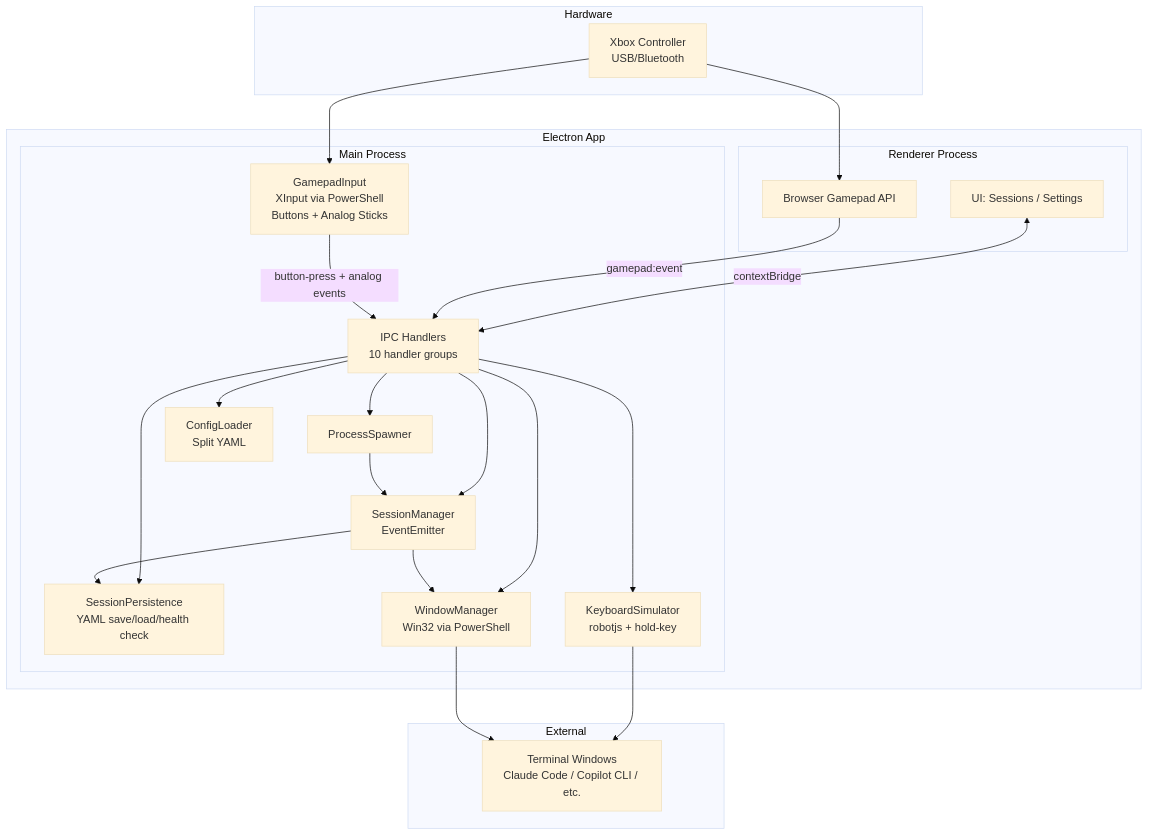
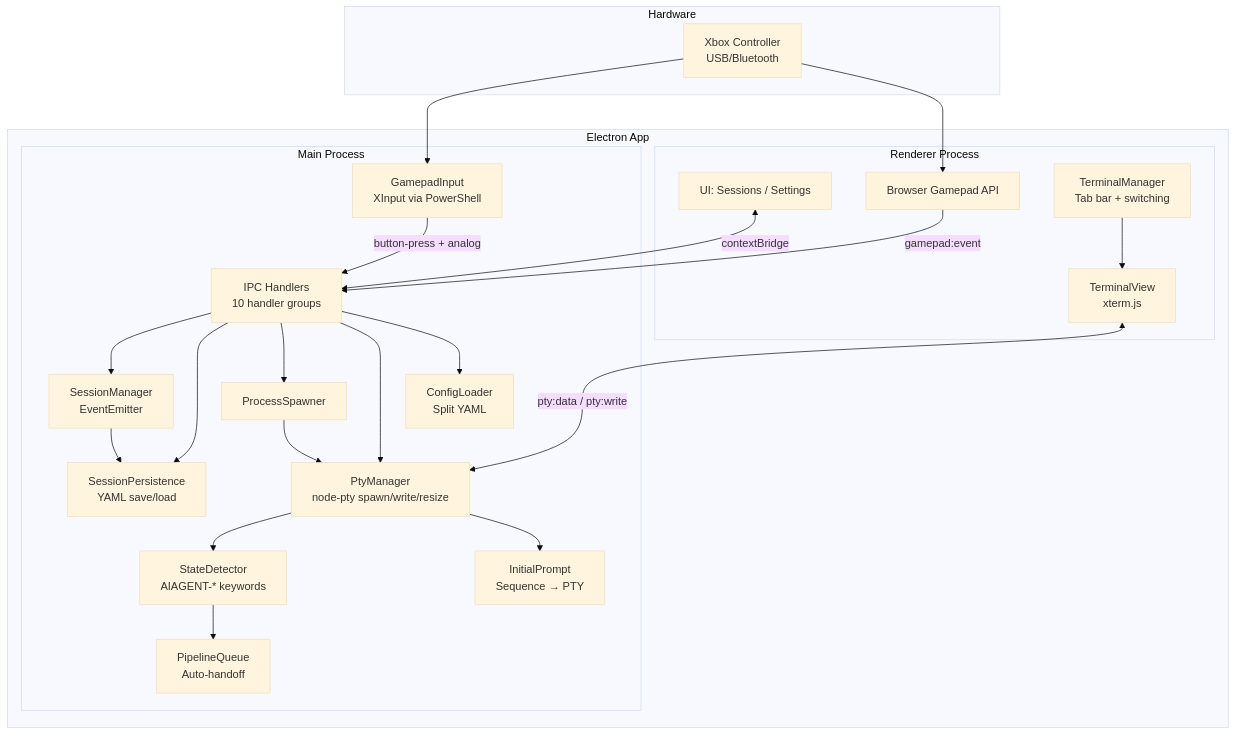
One commit to PetePeter/gamepad-cli-hub changed the diagram in CLAUDE.md. Above: the diagram before and after it, drawn with Mermaid (base theme). The commit also changed other lines of this file and 18 other files, not shown here.

First line of the commit message:
feat: Ctrl+Tab switching, initial prompt sequences, sidebar sync, docs

````diff
--- a/CLAUDE.md
+++ b/CLAUDE.md
@@ -9,46 +9,47 @@
 ```mermaid
 graph TB
     subgraph Hardware
         XC[Xbox Controller<br/>USB/Bluetooth]
     end
 
     subgraph "Electron App"
         subgraph "Renderer Process"
             UI[UI: Sessions / Settings]
             BGA[Browser Gamepad API]
+            TM[TerminalManager<br/>Tab bar + switching]
+            TV[TerminalView<br/>xterm.js]
         end
 
         subgraph "Main Process"
             IPC[IPC Handlers<br/>10 handler groups]
-            GI[GamepadInput<br/>XInput via PowerShell<br/>Buttons + Analog Sticks]
+            GI[GamepadInput<br/>XInput via PowerShell]
             SM[SessionManager<br/>EventEmitter]
-            SP[SessionPersistence<br/>YAML save/load/health check]
+            SP[SessionPersistence<br/>YAML save/load]
             PS[ProcessSpawner]
-            KS[KeyboardSimulator<br/>robotjs + hold-key]
-            WM[WindowManager<br/>Win32 via PowerShell]
+            PTY[PtyManager<br/>node-pty spawn/write/resize]
+            SD[StateDetector<br/>AIAGENT-* keywords]
+            PQ[PipelineQueue<br/>Auto-handoff]
+            IP[InitialPrompt<br/>Sequence → PTY]
             CL[ConfigLoader<br/>Split YAML]
         end
 
         UI <-->|contextBridge| IPC
         BGA -->|gamepad:event| IPC
+        TM --> TV
+        TV <-->|pty:data / pty:write| PTY
     end
 
     XC --> GI
     XC --> BGA
-    GI -->|button-press + analog events| IPC
+    GI -->|button-press + analog| IPC
     IPC --> SM
     IPC --> SP
     IPC --> PS
-    IPC --> KS
-    IPC --> WM
+    IPC --> PTY
     IPC --> CL
     SM --> SP
-    SM --> WM
-    PS --> SM
-    KS --> TW
-    WM --> TW
-
-    subgraph "External"
-        TW[Terminal Windows<br/>Claude Code / Copilot CLI / etc.]
-    end
+    PS --> PTY
+    PTY --> SD
+    SD --> PQ
+    PTY --> IP
 ```
````
